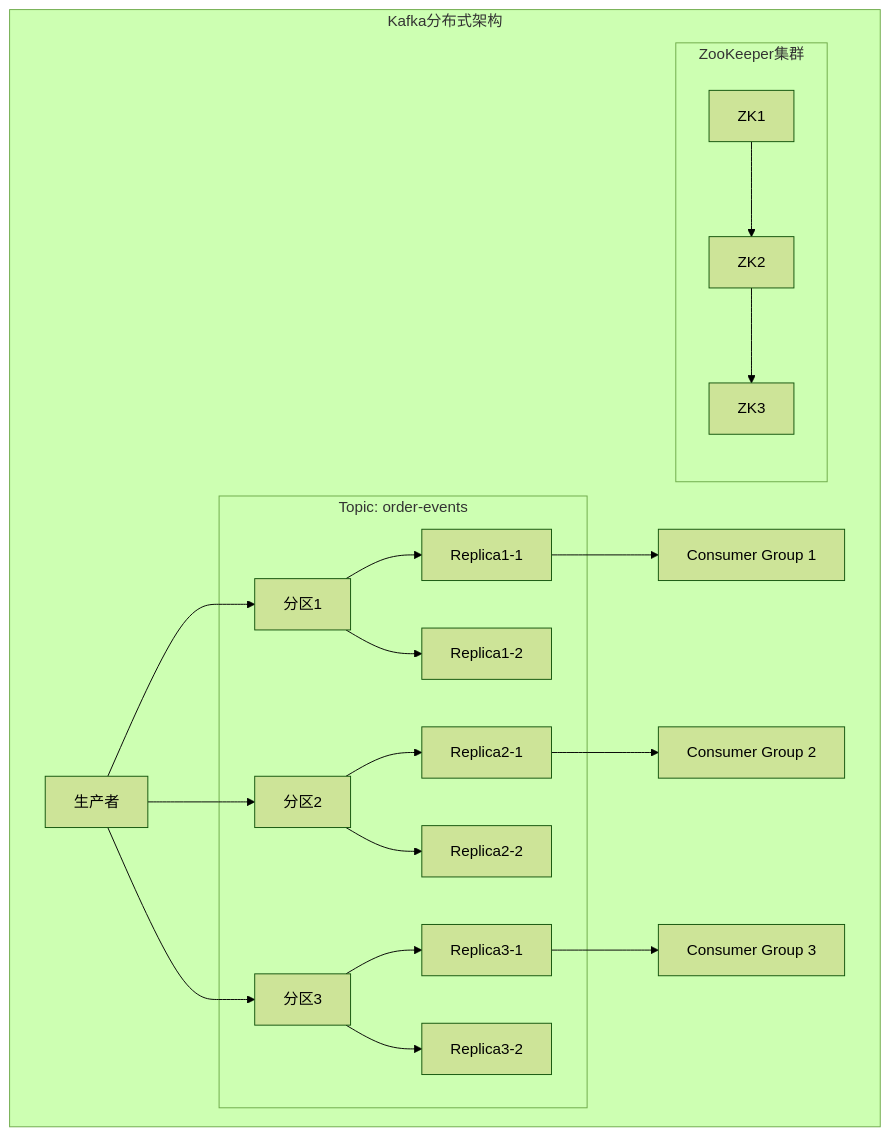
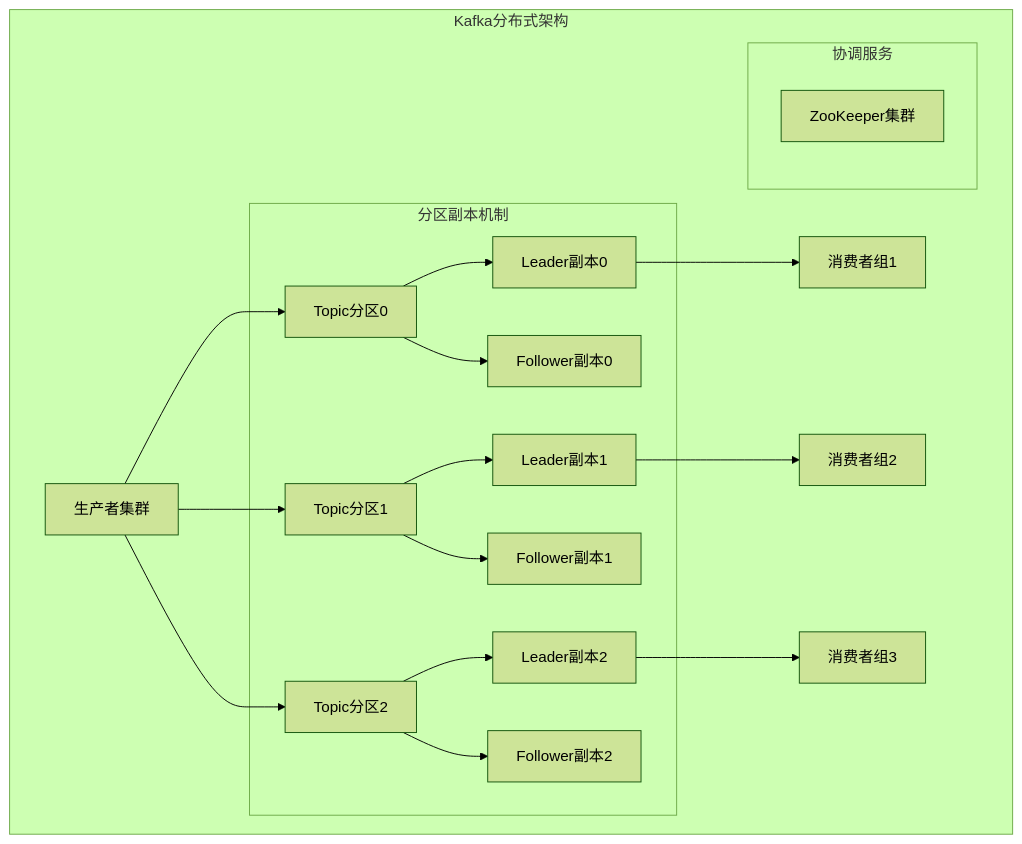
The second of 4 diagrams in 第七章-产品选型.md (shawnfinelee/mq-mastery-guide), drawn with Mermaid (forest theme) before and after one commit. The commit also changed other lines of this file and 1 other file, not shown here.

````diff
--- a/第七章-产品选型.md
+++ b/第七章-产品选型.md
@@ -217,28 +47,25 @@
 ```mermaid
 graph TB
     subgraph "Kafka分布式架构"
-        A[生产者] --> B[分区1]
-        A --> C[分区2]
-        A --> D[分区3]
+        A[生产者集群] --> B[Topic分区0]
+        A --> C[Topic分区1] 
+        A --> D[Topic分区2]
         
-        subgraph "Topic: order-events"
-            B --> E[Replica1-1]
-            B --> F[Replica1-2]
-            
-            C --> G[Replica2-1] 
-            C --> H[Replica2-2]
-            
-            D --> I[Replica3-1]
-            D --> J[Replica3-2]
+        subgraph "分区副本机制"
+            B --> E[Leader副本0]
+            B --> F[Follower副本0]
+            C --> G[Leader副本1]
+            C --> H[Follower副本1] 
+            D --> I[Leader副本2]
+            D --> J[Follower副本2]
         end
         
-        E --> K[Consumer Group 1]
-        G --> L[Consumer Group 2]
-        I --> M[Consumer Group 3]
+        E --> K[消费者组1]
+        G --> L[消费者组2]
+        I --> M[消费者组3]
         
-        subgraph "ZooKeeper集群"
-            N[ZK1] --> O[ZK2]
-            O --> P[ZK3]
+        subgraph "协调服务"
+            N[ZooKeeper集群]
         end
     end
 ```
````
